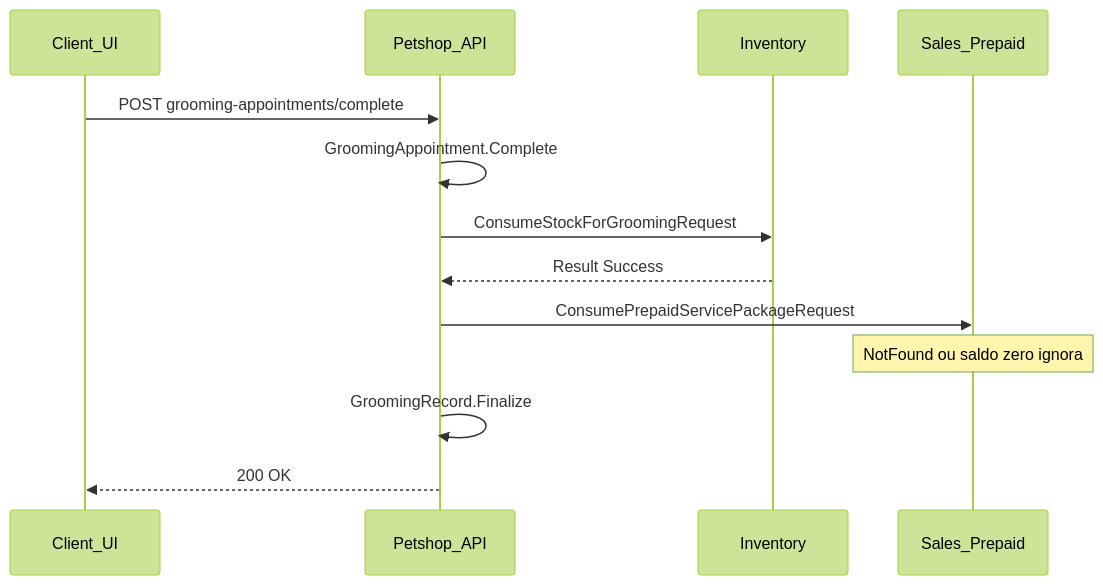
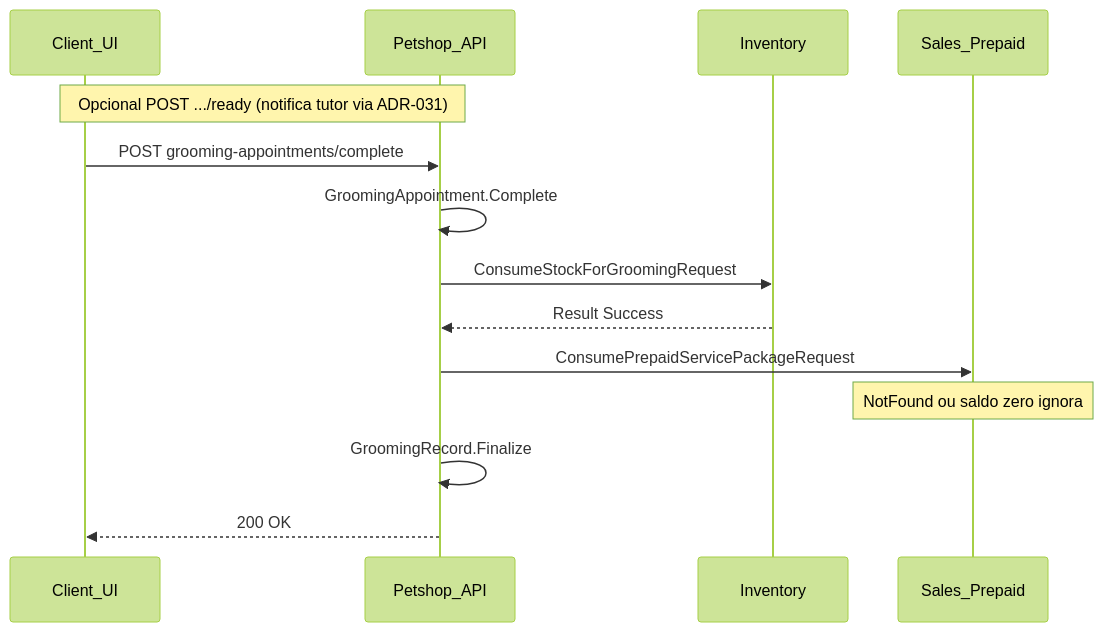
The diagram in docs/diagramas/grooming-banho-tosa.mmd (ronaldocestrela/sysvet), drawn with Mermaid (forest theme) before and after one commit. The commit also changed 42 other files, not shown here.

```diff
--- a/docs/diagramas/grooming-banho-tosa.mmd
+++ b/docs/diagramas/grooming-banho-tosa.mmd
@@ -1,14 +1,15 @@
 sequenceDiagram
     participant UI as Client_UI
     participant API as Petshop_API
     participant Inv as Inventory
     participant Sales as Sales_Prepaid
 
+    Note over UI,API: Opcional POST .../ready (notifica tutor via ADR-031)
     UI->>API: POST grooming-appointments/complete
     API->>API: GroomingAppointment.Complete
     API->>Inv: ConsumeStockForGroomingRequest
     Inv-->>API: Result Success
     API->>Sales: ConsumePrepaidServicePackageRequest
     Note over Sales: NotFound ou saldo zero ignora
     API->>API: GroomingRecord.Finalize
     API-->>UI: 200 OK
```
